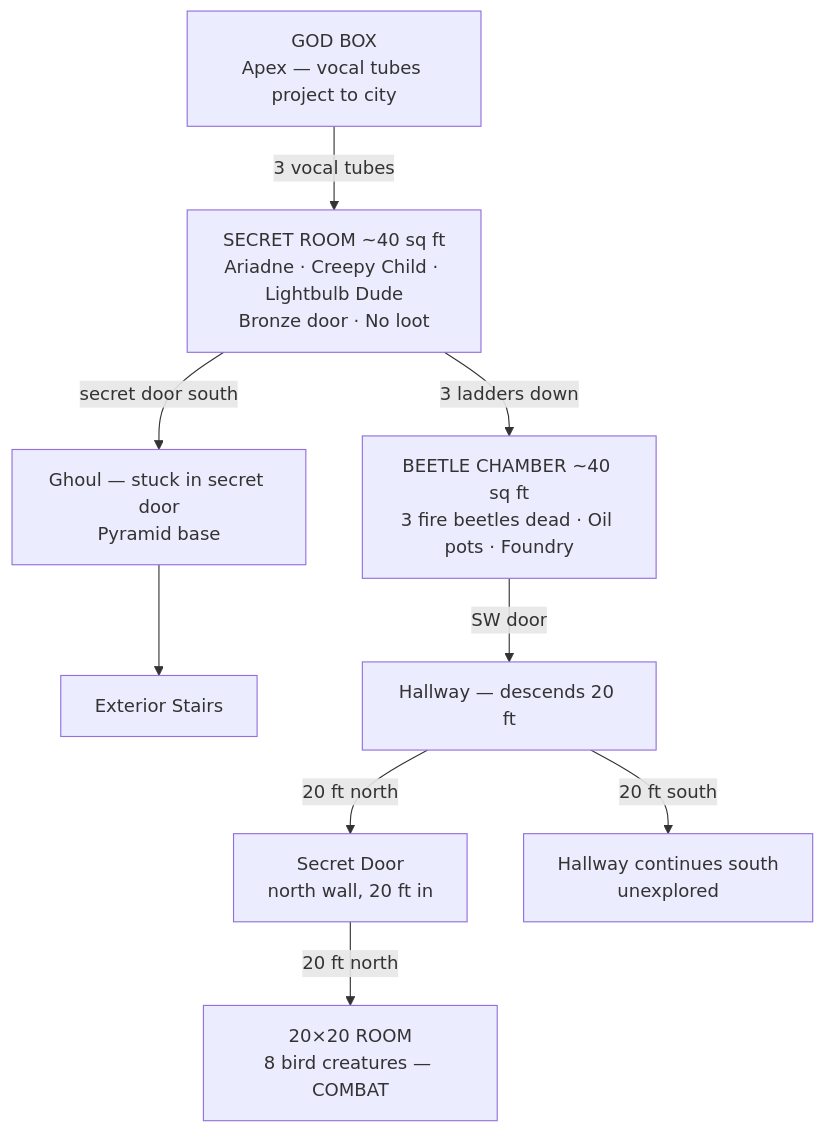
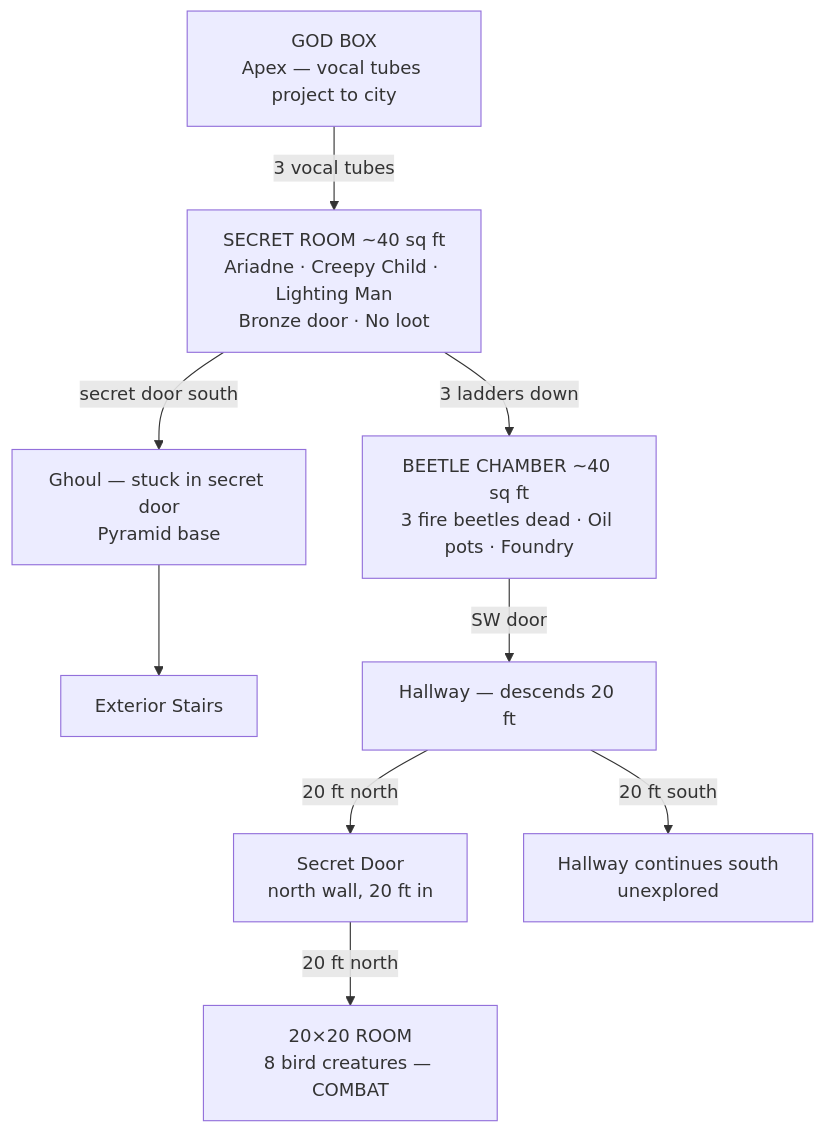
The diagram in sessions/session-2026-04-24.md (StephenDini/integritas-auxilium), drawn with Mermaid before and after one commit. The commit also changed other lines of this file, not shown here.

Commit message:
session-2026-04-24: rename lightbulb dude to lighting man

````diff
--- a/sessions/session-2026-04-24.md
+++ b/sessions/session-2026-04-24.md
@@ -11,21 +11,21 @@
 ```mermaid
 graph TD
     GB["GOD BOX\nApex — vocal tubes project to city"]
-    SR["SECRET ROOM ~40 sq ft\nAriadne · Creepy Child · Lightbulb Dude\nBronze door · No loot"]
+    SR["SECRET ROOM ~40 sq ft\nAriadne · Creepy Child · Lighting Man\nBronze door · No loot"]
     BC["BEETLE CHAMBER ~40 sq ft\n3 fire beetles dead · Oil pots · Foundry"]
     GH["Ghoul — stuck in secret door\nPyramid base"]
     ST["Exterior Stairs"]
     HW["Hallway — descends 20 ft"]
     SD["Secret Door\nnorth wall, 20 ft in"]
     R20["20×20 ROOM\n8 bird creatures — COMBAT"]
     HS["Hallway continues south\nunexplored"]
 
     GB -->|"3 vocal tubes"| SR
     SR -->|"3 ladders down"| BC
     SR -->|"secret door south"| GH
     GH --> ST
     BC -->|"SW door"| HW
     HW -->|"20 ft north"| SD
     SD -->|"20 ft north"| R20
     HW -->|"20 ft south"| HS
 ```
````
